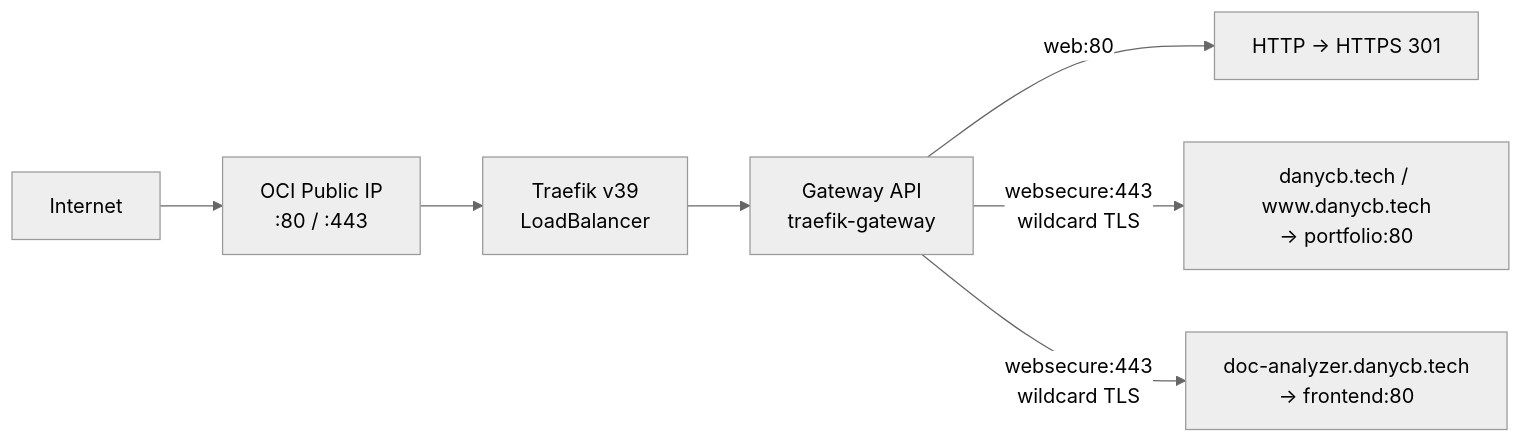
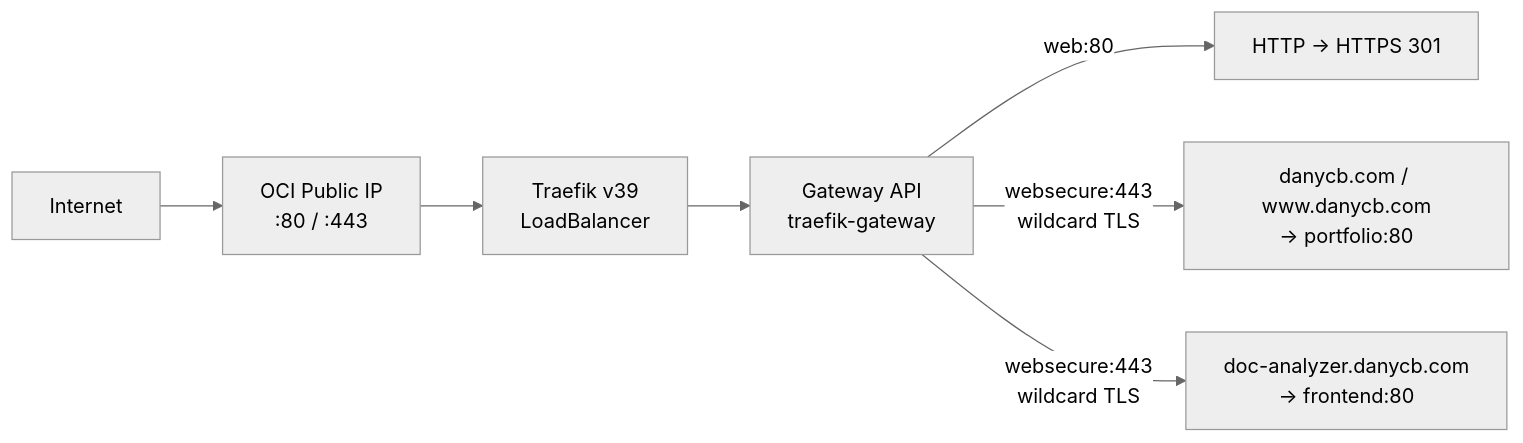
The second of 7 diagrams in src/app/projects/portfolio-gitops/page.mdx (idanycb/Portfolio), drawn with Mermaid (neutral theme) before and after one commit. The commit also changed other lines of this file and 1 other file, not shown here.

Commit message:
fix: update domain references from danycb.tech to danycb.com in project documentation and data

````diff
--- a/src/app/projects/portfolio-gitops/page.mdx
+++ b/src/app/projects/portfolio-gitops/page.mdx
@@ -52,9 +52,9 @@
 ```mermaid
 flowchart LR
     Internet["Internet"] --> OCI["OCI Public IP\n:80 / :443"]
     OCI --> Traefik["Traefik v39\nLoadBalancer"]
     Traefik --> Gateway["Gateway API\ntraefik-gateway"]
     Gateway -->|"web:80"| Redirect["HTTP → HTTPS 301"]
-    Gateway -->|"websecure:443\nwildcard TLS"| Portfolio["danycb.tech / www.danycb.tech\n→ portfolio:80"]
-    Gateway -->|"websecure:443\nwildcard TLS"| DocFrontend["doc-analyzer.danycb.tech\n→ frontend:80"]
+    Gateway -->|"websecure:443\nwildcard TLS"| Portfolio["danycb.com / www.danycb.com\n→ portfolio:80"]
+    Gateway -->|"websecure:443\nwildcard TLS"| DocFrontend["doc-analyzer.danycb.com\n→ frontend:80"]
 ```
````
